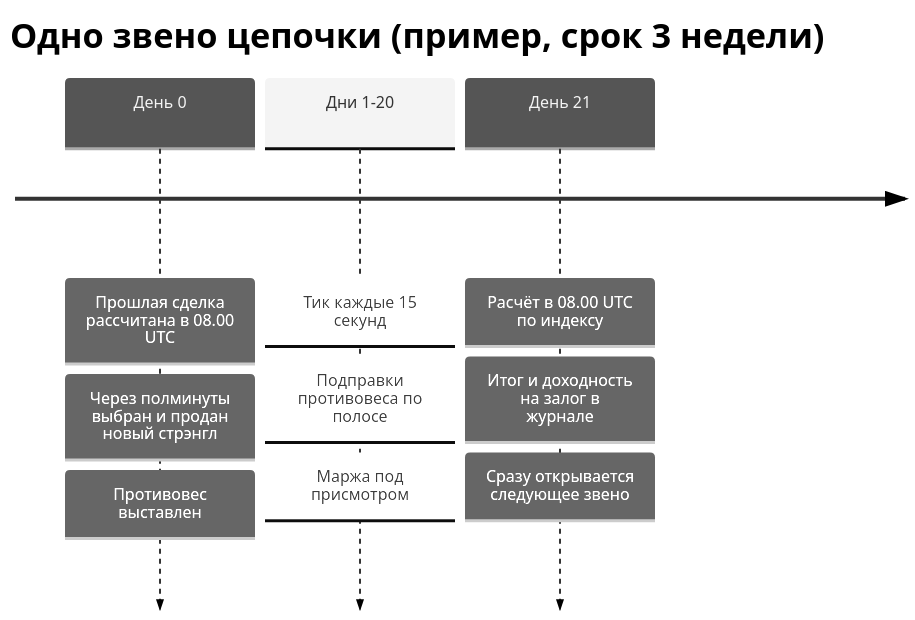
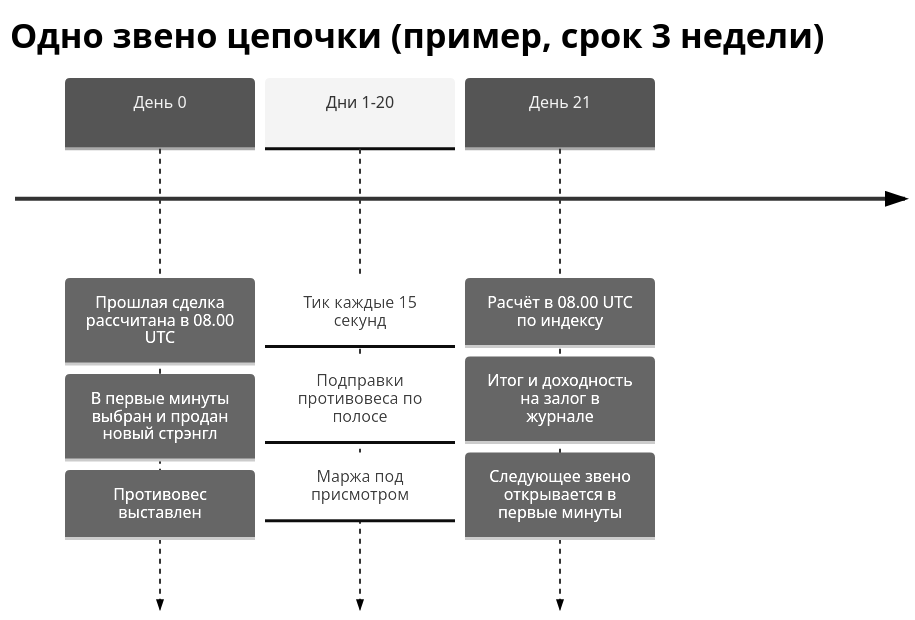
Before and after one commit to hamiltonalex/botLab: the fifth of 6 diagrams in botLab-desktop/docs/bot2-btc-options-how-it-works.ru.md, drawn with Mermaid (neutral theme). The commit also changed other lines of this file and 1 other file, not shown here.

Commit message:
docs(btc-options): руководство ru/en про последние полчаса перед экспирацией (распродажа противовеса по затухающей дельте, замер 04.09) и секунду расчёта (пустые книги, перевход в первые минуты)

````diff
--- a/botLab-desktop/docs/bot2-btc-options-how-it-works.ru.md
+++ b/botLab-desktop/docs/bot2-btc-options-how-it-works.ru.md
@@ -257,7 +271,7 @@
 ```mermaid
 timeline
     title Одно звено цепочки (пример, срок 3 недели)
-    День 0 : Прошлая сделка рассчитана в 08.00 UTC : Через полминуты выбран и продан новый стрэнгл : Противовес выставлен
+    День 0 : Прошлая сделка рассчитана в 08.00 UTC : В первые минуты выбран и продан новый стрэнгл : Противовес выставлен
     Дни 1-20 : Тик каждые 15 секунд : Подправки противовеса по полосе : Маржа под присмотром
-    День 21 : Расчёт в 08.00 UTC по индексу : Итог и доходность на залог в журнале : Сразу открывается следующее звено
+    День 21 : Расчёт в 08.00 UTC по индексу : Итог и доходность на залог в журнале : Следующее звено открывается в первые минуты
 ```
````
